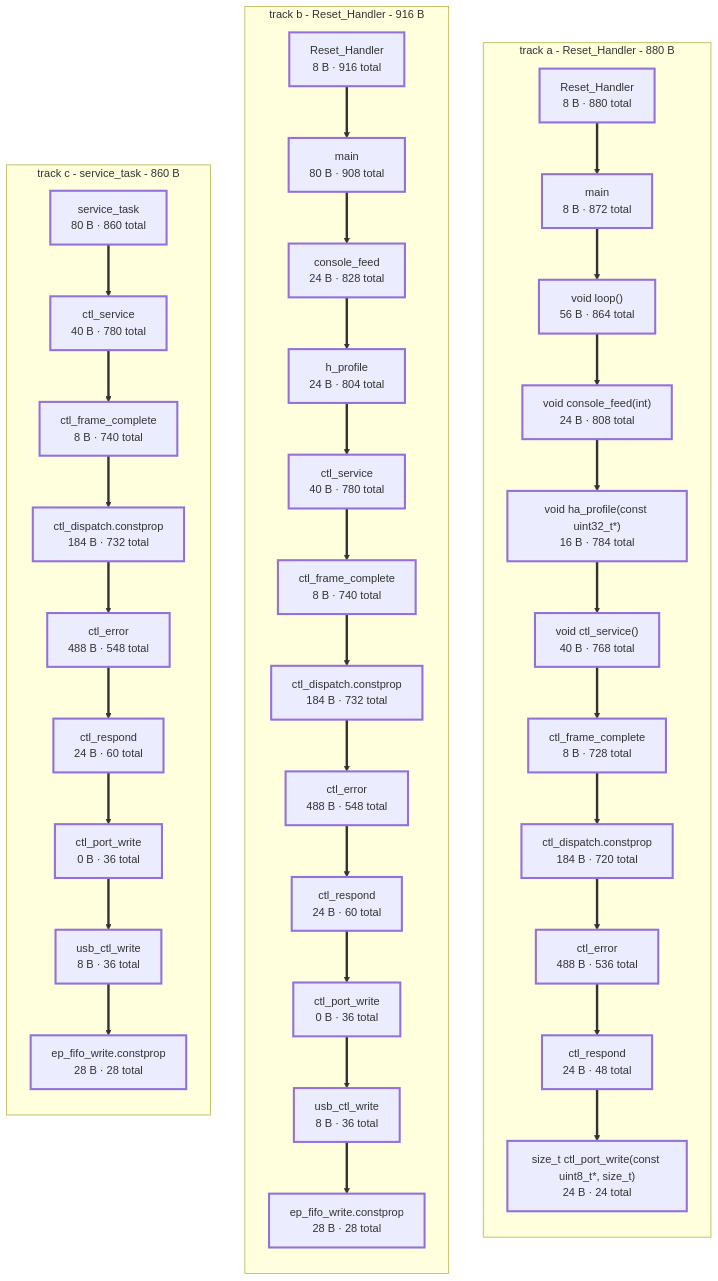
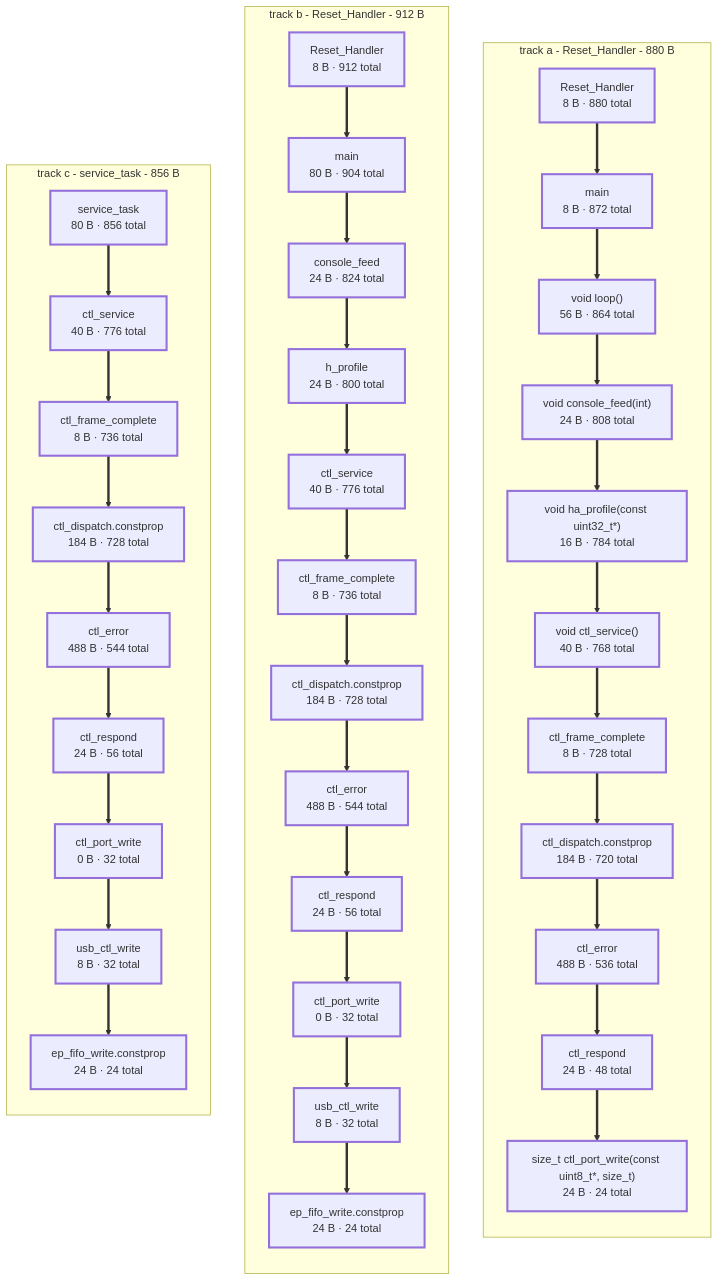
One commit to jerryrt/due_oscilloscope changed the diagram in docs/stack-depth.md. Above: the diagram before and after it, drawn with Mermaid. The commit also changed other lines of this file and 4 other files, not shown here.

```diff
--- a/docs/stack-depth.md
+++ b/docs/stack-depth.md
@@ -552,20 +553,20 @@
     a8 ==> a9
     a9 ==> a10
   end
-  subgraph sg_b["track b - Reset_Handler - 916 B"]
+  subgraph sg_b["track b - Reset_Handler - 912 B"]
   direction TB
-    b0["Reset_Handler<br/>8 B · 916 total"]
-    b1["main<br/>80 B · 908 total"]
-    b2["console_feed<br/>24 B · 828 total"]
-    b3["h_profile<br/>24 B · 804 total"]
-    b4["ctl_service<br/>40 B · 780 total"]
-    b5["ctl_frame_complete<br/>8 B · 740 total"]
-    b6["ctl_dispatch.constprop<br/>184 B · 732 total"]
-    b7["ctl_error<br/>488 B · 548 total"]
-    b8["ctl_respond<br/>24 B · 60 total"]
-    b9["ctl_port_write<br/>0 B · 36 total"]
-    b10["usb_ctl_write<br/>8 B · 36 total"]
-    b11["ep_fifo_write.constprop<br/>28 B · 28 total"]
+    b0["Reset_Handler<br/>8 B · 912 total"]
+    b1["main<br/>80 B · 904 total"]
+    b2["console_feed<br/>24 B · 824 total"]
+    b3["h_profile<br/>24 B · 800 total"]
+    b4["ctl_service<br/>40 B · 776 total"]
+    b5["ctl_frame_complete<br/>8 B · 736 total"]
+    b6["ctl_dispatch.constprop<br/>184 B · 728 total"]
+    b7["ctl_error<br/>488 B · 544 total"]
+    b8["ctl_respond<br/>24 B · 56 total"]
+    b9["ctl_port_write<br/>0 B · 32 total"]
+    b10["usb_ctl_write<br/>8 B · 32 total"]
+    b11["ep_fifo_write.constprop<br/>24 B · 24 total"]
     b0 ==> b1
     b1 ==> b2
     b2 ==> b3
@@ -578,17 +579,17 @@
     b9 ==> b10
     b10 ==> b11
   end
-  subgraph sg_c["track c - service_task - 860 B"]
+  subgraph sg_c["track c - service_task - 856 B"]
   direction TB
-    c0["service_task<br/>80 B · 860 total"]
-    c1["ctl_service<br/>40 B · 780 total"]
-    c2["ctl_frame_complete<br/>8 B · 740 total"]
-    c3["ctl_dispatch.constprop<br/>184 B · 732 total"]
-    c4["ctl_error<br/>488 B · 548 total"]
-    c5["ctl_respond<br/>24 B · 60 total"]
-    c6["ctl_port_write<br/>0 B · 36 total"]
-    c7["usb_ctl_write<br/>8 B · 36 total"]
-    c8["ep_fifo_write.constprop<br/>28 B · 28 total"]
+    c0["service_task<br/>80 B · 856 total"]
+    c1["ctl_service<br/>40 B · 776 total"]
+    c2["ctl_frame_complete<br/>8 B · 736 total"]
+    c3["ctl_dispatch.constprop<br/>184 B · 728 total"]
+    c4["ctl_error<br/>488 B · 544 total"]
+    c5["ctl_respond<br/>24 B · 56 total"]
+    c6["ctl_port_write<br/>0 B · 32 total"]
+    c7["usb_ctl_write<br/>8 B · 32 total"]
+    c8["ep_fifo_write.constprop<br/>24 B · 24 total"]
     c0 ==> c1
     c1 ==> c2
     c2 ==> c3
```
